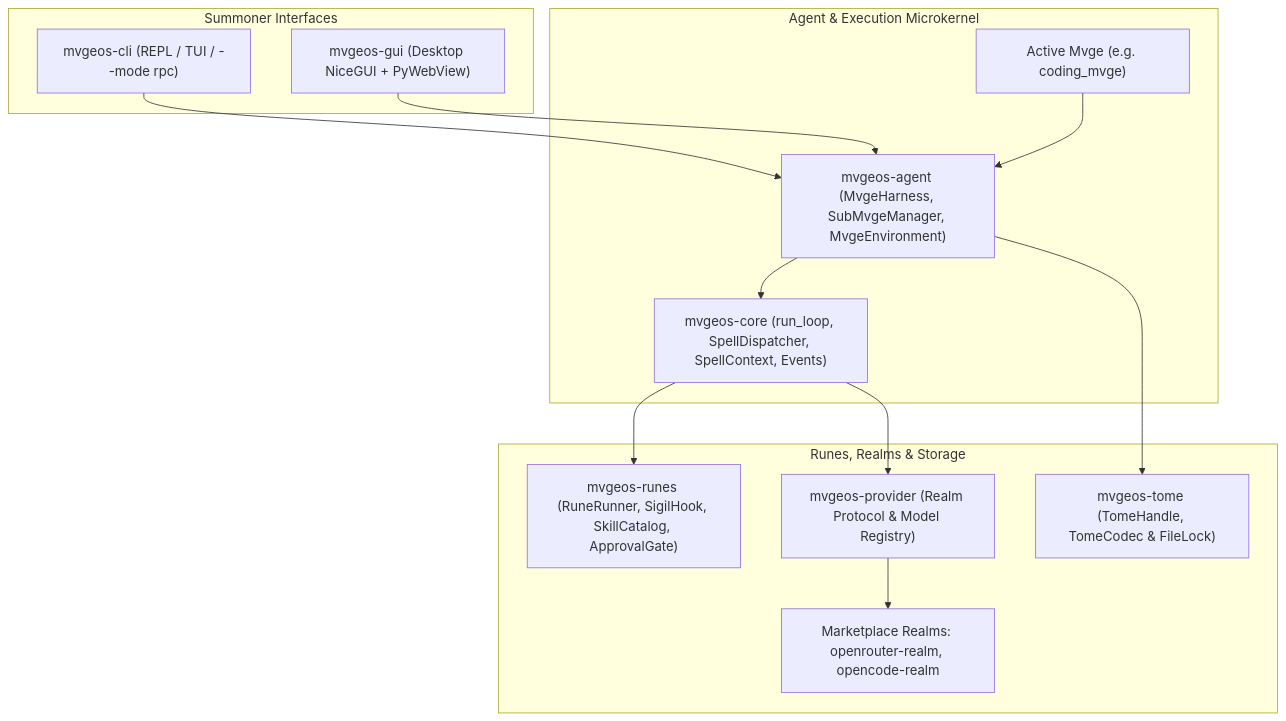
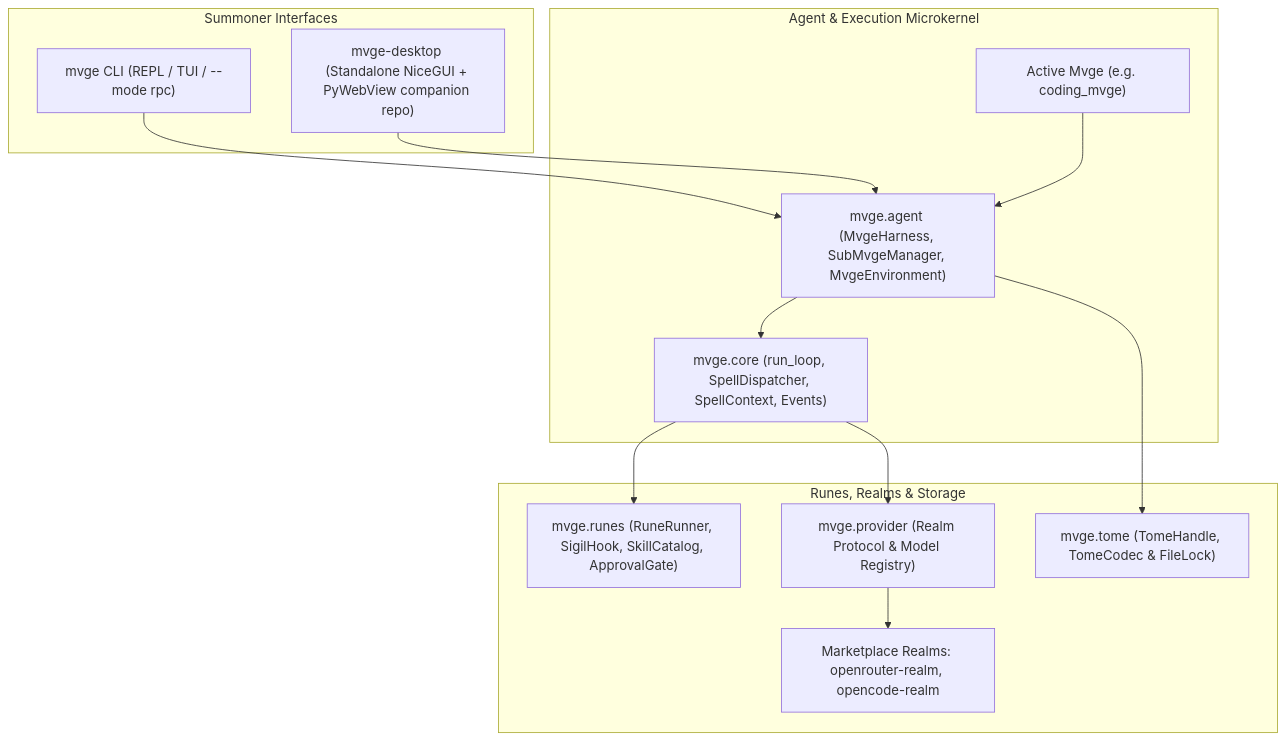
One commit to IAmNo1Special/mvge changed the diagram in README.md. Above: the diagram before and after it, drawn with Mermaid. The commit also changed other lines of this file and 511 other files, not shown here.

Commit message:
refactor(core): unify workspace into single mvge package

````diff
--- a/README.md
+++ b/README.md
@@ -263,29 +263,29 @@
 ```mermaid
 flowchart TD
     subgraph UI["Summoner Interfaces"]
-        CLI["mvgeos-cli (REPL / TUI / --mode rpc)"]
-        GUI["mvgeos-gui (Desktop NiceGUI + PyWebView)"]
+        CLI["mvge CLI (REPL / TUI / --mode rpc)"]
+        GUI["mvge-desktop (Standalone NiceGUI + PyWebView companion repo)"]
     end
 
     subgraph CoreEngine["Agent & Execution Microkernel"]
         Mvge["Active Mvge (e.g. coding_mvge)"]
-        Harness["mvgeos-agent (MvgeHarness, SubMvgeManager, MvgeEnvironment)"]
-        Loop["mvgeos-core (run_loop, SpellDispatcher, SpellContext, Events)"]
+        Harness["mvge.agent (MvgeHarness, SubMvgeManager, MvgeEnvironment)"]
+        Loop["mvge.core (run_loop, SpellDispatcher, SpellContext, Events)"]
     end
 
     subgraph StorageEcosystem["Runes, Realms & Storage"]
-        Runes["mvgeos-runes (RuneRunner, SigilHook, SkillCatalog, ApprovalGate)"]
-        Provider["mvgeos-provider (Realm Protocol & Model Registry)"]
+        Runes["mvge.runes (RuneRunner, SigilHook, SkillCatalog, ApprovalGate)"]
+        Provider["mvge.provider (Realm Protocol & Model Registry)"]
         Realms["Marketplace Realms: openrouter-realm, opencode-realm"]
-        Tome["mvgeos-tome (TomeHandle, TomeCodec & FileLock)"]
+        Tome["mvge.tome (TomeHandle, TomeCodec & FileLock)"]
     end
 
     CLI --> Harness
     GUI --> Harness
     Mvge --> Harness
     Harness --> Loop
     Loop --> Provider
     Provider --> Realms
     Loop --> Runes
     Harness --> Tome
 ```
````
